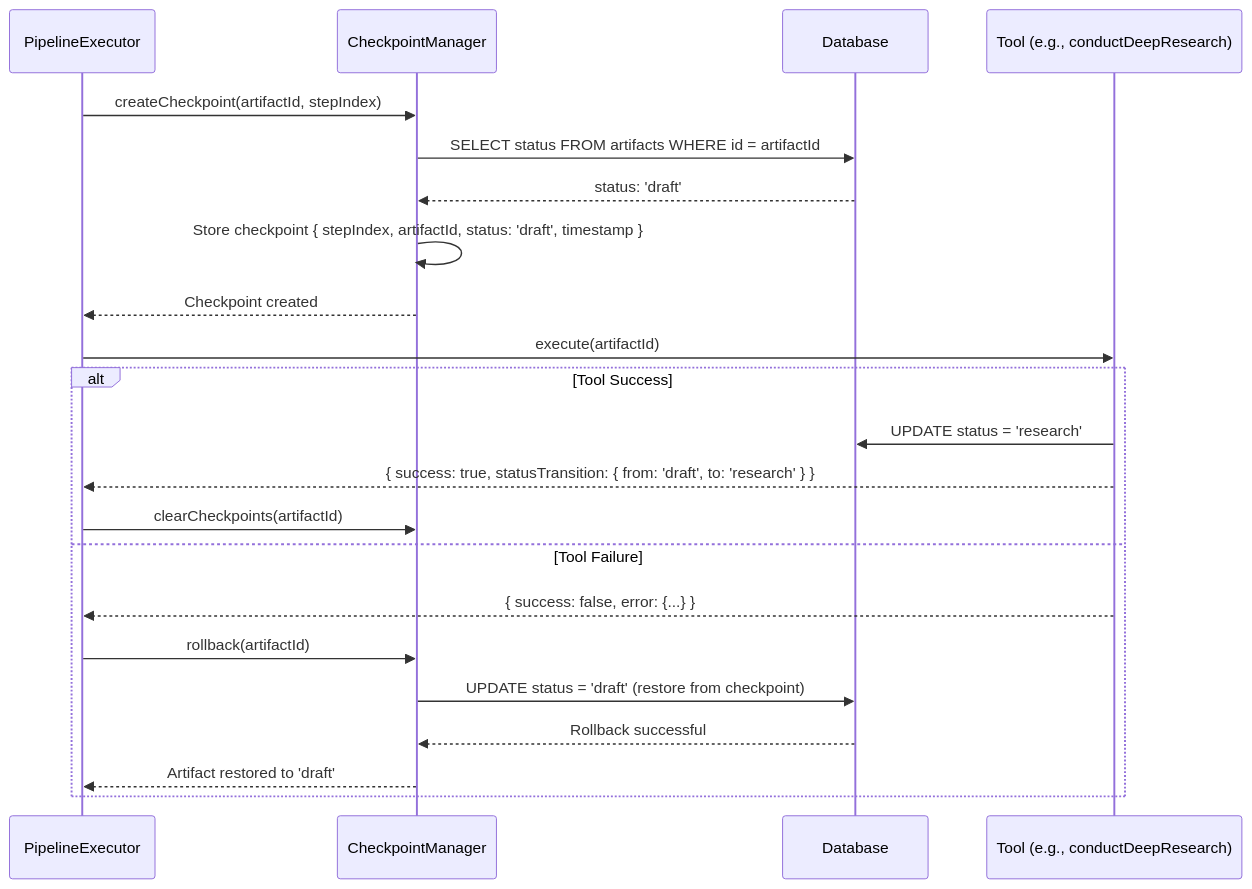
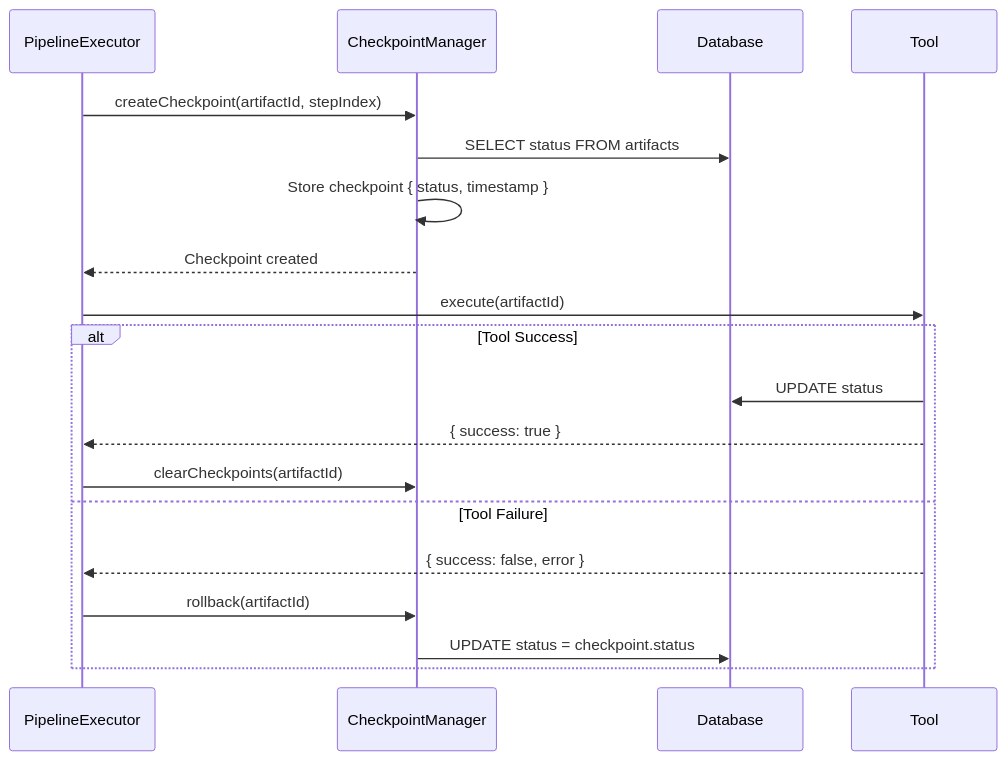
One commit to kobiagi-builder/nextup changed the fourth of 5 diagrams in docs/ai-agents-and-prompts/pipeline-execution-flow.md. Above: the diagram before and after it, drawn with Mermaid. The commit also changed other lines of this file and 256 other files, not shown here.

````diff
--- a/docs/ai-agents-and-prompts/pipeline-execution-flow.md
+++ b/docs/ai-agents-and-prompts/pipeline-execution-flow.md
@@ -279,27 +541,24 @@
 ```mermaid
 sequenceDiagram
     participant PE as PipelineExecutor
     participant CM as CheckpointManager
     participant DB as Database
-    participant Tool as Tool (e.g., conductDeepResearch)
+    participant Tool as Tool
 
     PE->>CM: createCheckpoint(artifactId, stepIndex)
-    CM->>DB: SELECT status FROM artifacts WHERE id = artifactId
-    DB-->>CM: status: 'draft'
-    CM->>CM: Store checkpoint { stepIndex, artifactId, status: 'draft', timestamp }
+    CM->>DB: SELECT status FROM artifacts
+    CM->>CM: Store checkpoint { status, timestamp }
     CM-->>PE: Checkpoint created
 
     PE->>Tool: execute(artifactId)
 
     alt Tool Success
-        Tool->>DB: UPDATE status = 'research'
-        Tool-->>PE: { success: true, statusTransition: { from: 'draft', to: 'research' } }
+        Tool->>DB: UPDATE status
+        Tool-->>PE: { success: true }
         PE->>CM: clearCheckpoints(artifactId)
     else Tool Failure
-        Tool-->>PE: { success: false, error: {...} }
+        Tool-->>PE: { success: false, error }
         PE->>CM: rollback(artifactId)
-        CM->>DB: UPDATE status = 'draft' (restore from checkpoint)
-        DB-->>CM: Rollback successful
-        CM-->>PE: Artifact restored to 'draft'
+        CM->>DB: UPDATE status = checkpoint.status
     end
 ```
````
